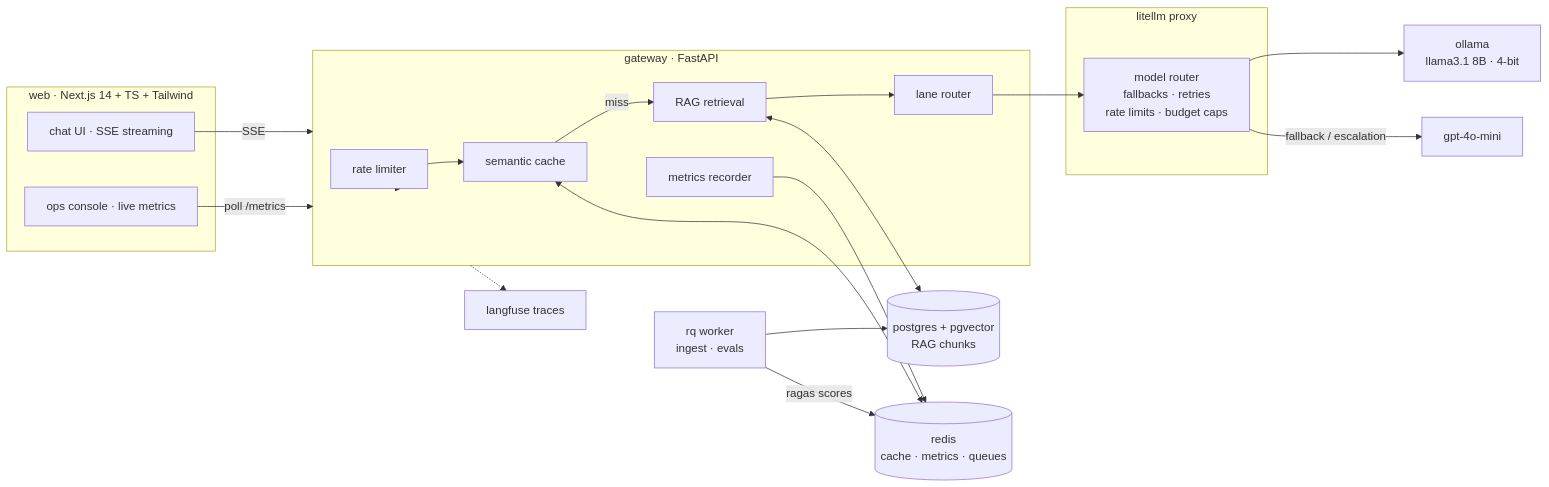
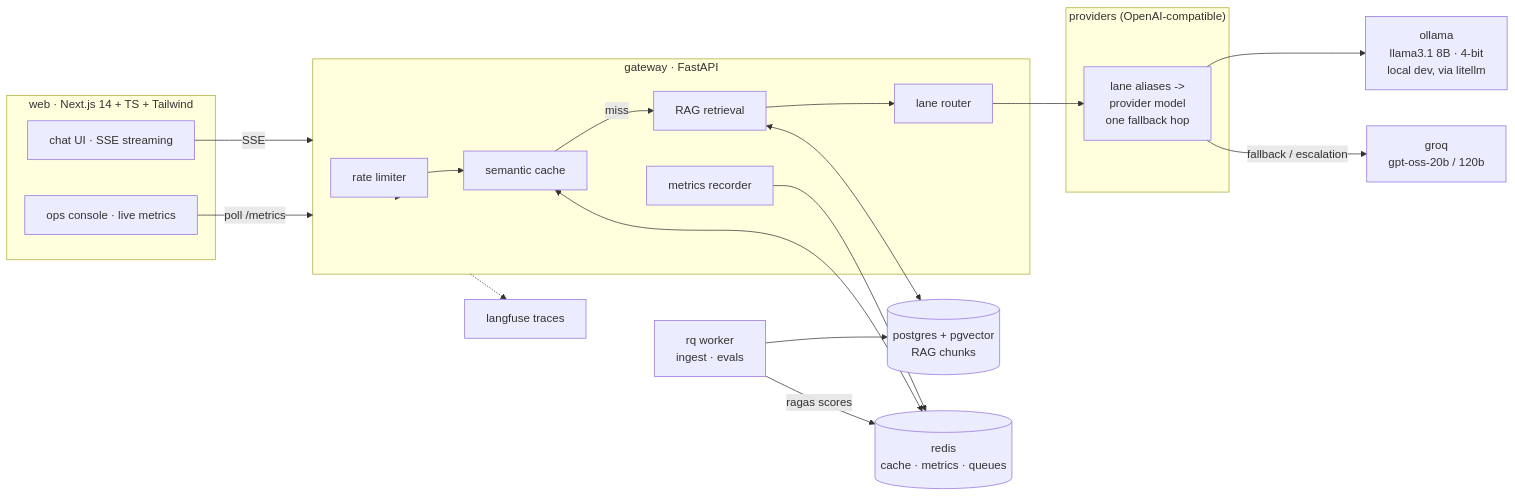
The diagram in README.md (rizvihasan/tokenroute), drawn with Mermaid before and after one commit. The commit also changed other lines of this file and 7 other files, not shown here.

First line of the commit message:
refactor(gateway): route to Groq/Jina directly, drop the LiteLLM proxy from prod

````diff
--- a/README.md
+++ b/README.md
@@ -9,40 +9,40 @@
 ```mermaid
 flowchart LR
     subgraph web["web · Next.js 14 + TS + Tailwind"]
         UI[chat UI · SSE streaming]
         Console[ops console · live metrics]
     end
 
     subgraph gateway["gateway · FastAPI"]
         RL[rate limiter]
         SC[semantic cache]
         RT[lane router]
         RAG[RAG retrieval]
         MET[metrics recorder]
     end
 
-    subgraph proxy["litellm proxy"]
-        Route[model router<br/>fallbacks · retries<br/>rate limits · budget caps]
+    subgraph providers["providers (OpenAI-compatible)"]
+        Route[lane aliases -><br/>provider model<br/>one fallback hop]
     end
 
-    Local[ollama<br/>llama3.1 8B · 4-bit]
-    Cloud[gpt-4o-mini]
+    Local[ollama<br/>llama3.1 8B · 4-bit<br/>local dev, via litellm]
+    Cloud[groq<br/>gpt-oss-20b / 120b]
     Redis[(redis<br/>cache · metrics · queues)]
     PG[(postgres + pgvector<br/>RAG chunks)]
     Worker[rq worker<br/>ingest · evals]
     LF[langfuse traces]
 
     UI -->|SSE| gateway
     Console -->|poll /metrics| gateway
     gateway --> RL --> SC
     SC -->|miss| RAG --> RT
     RT --> Route
     Route --> Local
     Route -->|fallback / escalation| Cloud
     SC <--> Redis
     MET --> Redis
     RAG <--> PG
     Worker --> PG
     Worker -->|ragas scores| Redis
     gateway -.-> LF
 ```
````
